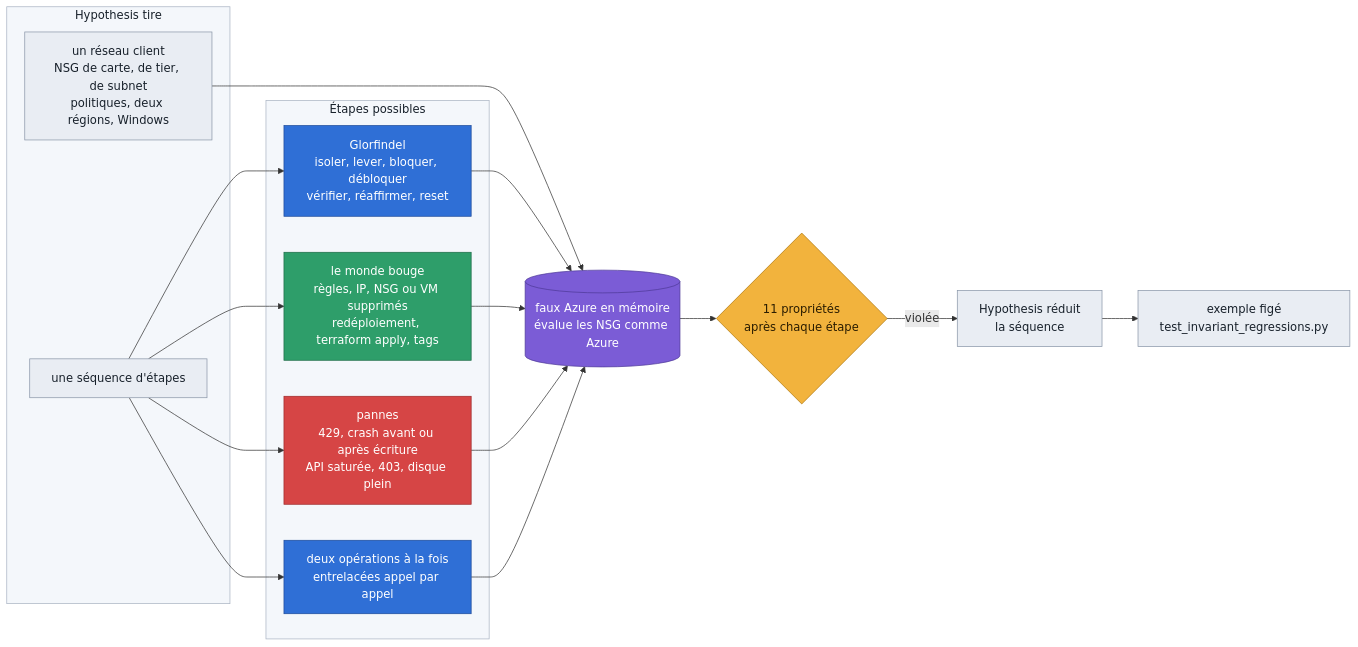
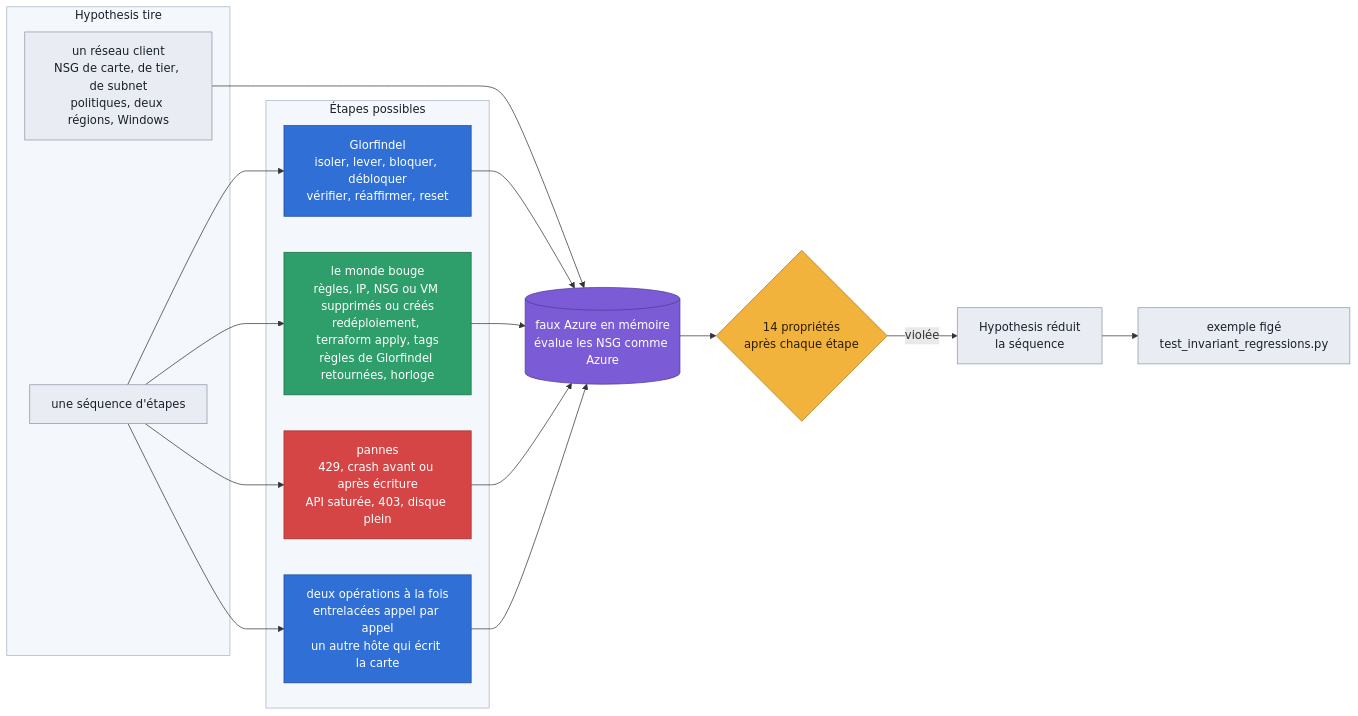
One commit to Vanyar53/eregion changed the second of 5 diagrams in docs/design/preuves.md. Above: the diagram before and after it, drawn with Mermaid. The commit also changed other lines of this file and 5 other files, not shown here.

````diff
--- a/docs/design/preuves.md
+++ b/docs/design/preuves.md
@@ -53,35 +53,35 @@
 ```mermaid
 flowchart LR
     subgraph Draw["Hypothesis tire"]
         N["un réseau client<br/>NSG de carte, de tier, de subnet<br/>politiques, deux régions, Windows"]
         Q["une séquence d'étapes"]
     end
     subgraph Steps["Étapes possibles"]
         O["Glorfindel<br/>isoler, lever, bloquer, débloquer<br/>vérifier, réaffirmer, reset"]
-        Wd["le monde bouge<br/>règles, IP, NSG ou VM supprimés<br/>redéploiement, terraform apply, tags"]
+        Wd["le monde bouge<br/>règles, IP, NSG ou VM supprimés ou créés<br/>redéploiement, terraform apply, tags<br/>règles de Glorfindel retournées, horloge"]
         F["pannes<br/>429, crash avant ou après écriture<br/>API saturée, 403, disque plein"]
-        Cc["deux opérations à la fois<br/>entrelacées appel par appel"]
+        Cc["deux opérations à la fois<br/>entrelacées appel par appel<br/>un autre hôte qui écrit la carte"]
     end
     FA[("faux Azure en mémoire<br/>évalue les NSG comme Azure")]
-    P{"11 propriétés<br/>après chaque étape"}
+    P{"14 propriétés<br/>après chaque étape"}
     N --> FA
     Q --> O & Wd & F & Cc
     O & Wd & F & Cc --> FA
     FA --> P
     P -->|"violée"| SH["Hypothesis réduit<br/>la séquence"]
     SH --> REG["exemple figé<br/>test_invariant_regressions.py"]
     classDef data fill:#e9edf3,stroke:#8a96a8,color:#18212b
     classDef blue fill:#2f6fd6,stroke:#1d4a9a,color:#ffffff
     classDef human fill:#2e9e6a,stroke:#1d6b47,color:#ffffff
     classDef red fill:#d64545,stroke:#9e2a2a,color:#ffffff
     classDef azure fill:#7b5cd6,stroke:#4f3a99,color:#ffffff
     classDef guard fill:#f2b33d,stroke:#b07a12,color:#2b1d00
     class N,Q,SH,REG data
     class O,Cc blue
     class Wd human
     class F red
     class FA azure
     class P guard
     style Draw fill:#f4f7fb,stroke:#aab4c3,color:#18212b
     style Steps fill:#f4f7fb,stroke:#aab4c3,color:#18212b
 ```
````
